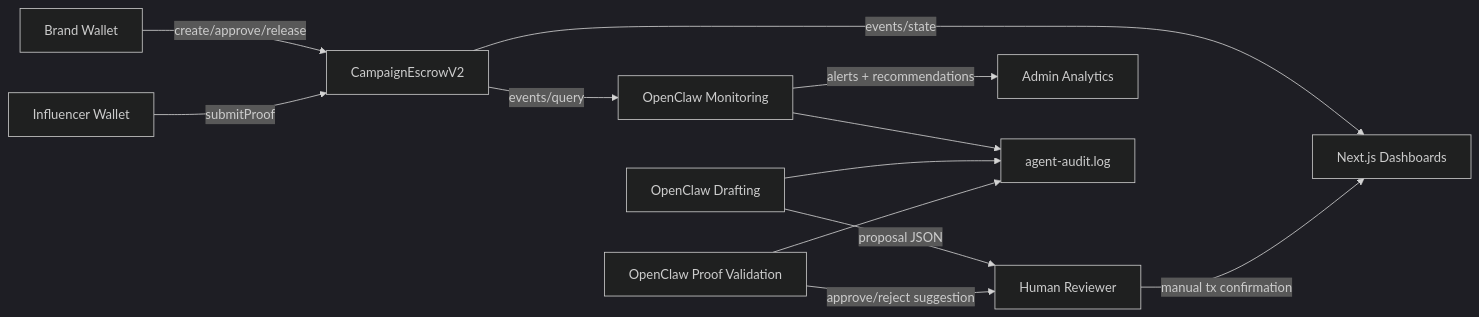
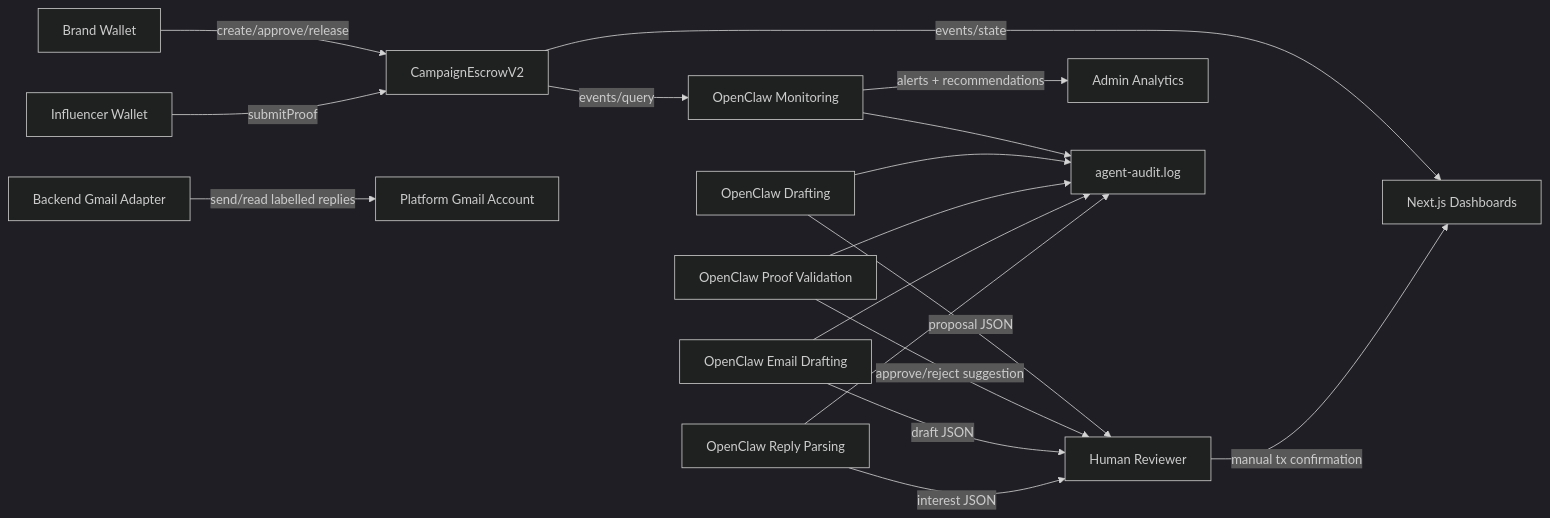
One commit to SCARPxVeNOM/clawgency changed the diagram in docs/ARCHITECTURE.md. Above: the diagram before and after it, drawn with Mermaid (dark theme). The commit also changed other lines of this file and 57 other files, not shown here.

Commit message:
feat(slot2): finalize professional stack with OpenClaw email workflows, human approval gate, and CI hardening

````diff
--- a/docs/ARCHITECTURE.md
+++ b/docs/ARCHITECTURE.md
@@ -14,14 +15,19 @@
 ```mermaid
 flowchart LR
   A[Brand Wallet] -->|create/approve/release| C[CampaignEscrowV2]
   B[Influencer Wallet] -->|submitProof| C
   C -->|events/state| D[Next.js Dashboards]
   C -->|events/query| E[OpenClaw Monitoring]
   F[OpenClaw Drafting] -->|proposal JSON| G[Human Reviewer]
   H[OpenClaw Proof Validation] -->|approve/reject suggestion| G
+  K[OpenClaw Email Drafting] -->|draft JSON| G
+  L[OpenClaw Reply Parsing] -->|interest JSON| G
+  M[Backend Gmail Adapter] -->|send/read labelled replies| N[Platform Gmail Account]
   G -->|manual tx confirmation| D
   E -->|alerts + recommendations| I[Admin Analytics]
   E --> J[agent-audit.log]
   F --> J
   H --> J
+  K --> J
+  L --> J
 ```
````
